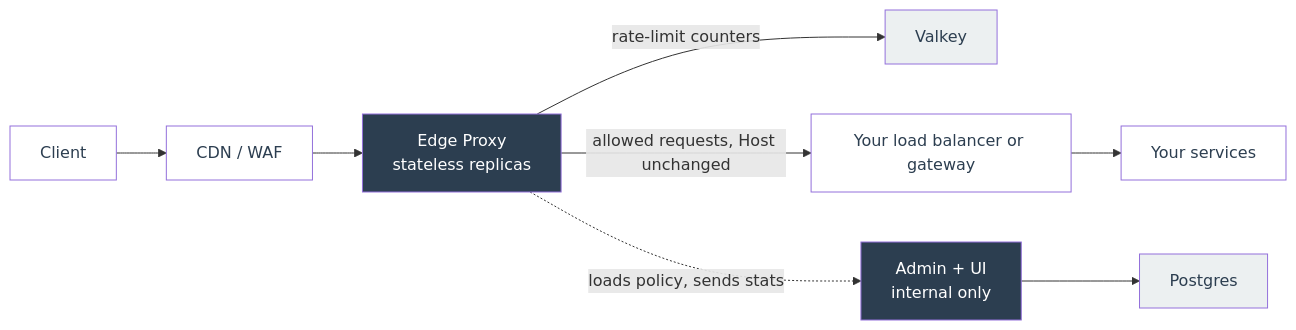
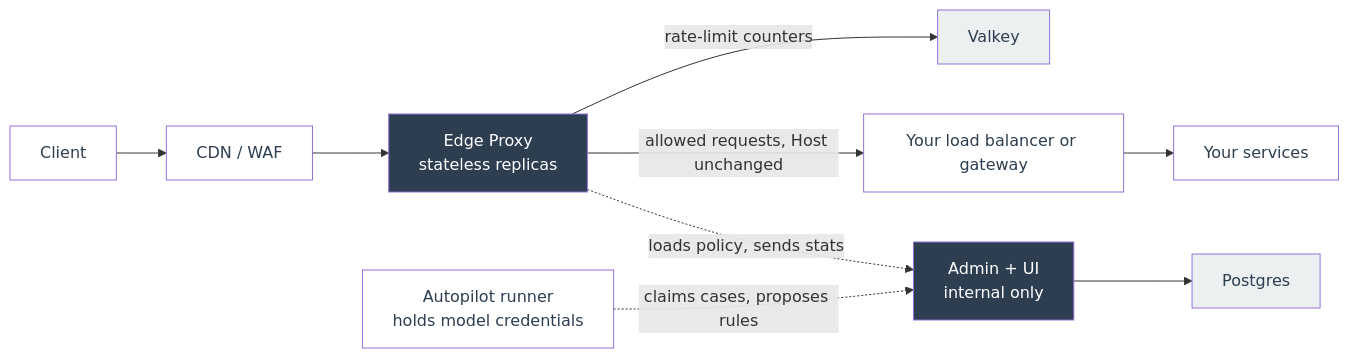
Before and after one commit to chrisleekr/edge-proxy: the first of 2 diagrams in README.md, drawn with Mermaid. The commit also changed other lines of this file and 65 other files, not shown here.

Commit message:
feat(ui): add autopilot, memory, notifications, find and client pages to the admin UI (#18)

````diff
--- a/README.md
+++ b/README.md
@@ -5,14 +5,15 @@
 ```mermaid
 flowchart LR
     Client["Client"]:::ext --> CDN["CDN / WAF"]:::ext
     CDN --> Edge["Edge Proxy<br/>stateless replicas"]:::edge
     Edge -->|"rate-limit counters"| Valkey["Valkey"]:::dep
     Edge -->|"allowed requests, Host unchanged"| LB["Your load balancer or gateway"]:::ext
     LB --> Services["Your services"]:::ext
     Edge -.->|"loads policy, sends stats"| Admin["Admin + UI<br/>internal only"]:::edge
     Admin --> Postgres["Postgres"]:::dep
+    Runner["Autopilot runner<br/>holds model credentials"]:::ext -.->|"claims cases, proposes rules"| Admin
 
     classDef edge fill:#2c3e50,color:#ffffff
     classDef dep fill:#ecf0f1,color:#2c3e50
     classDef ext fill:#ffffff,color:#2c3e50
 ```
````
